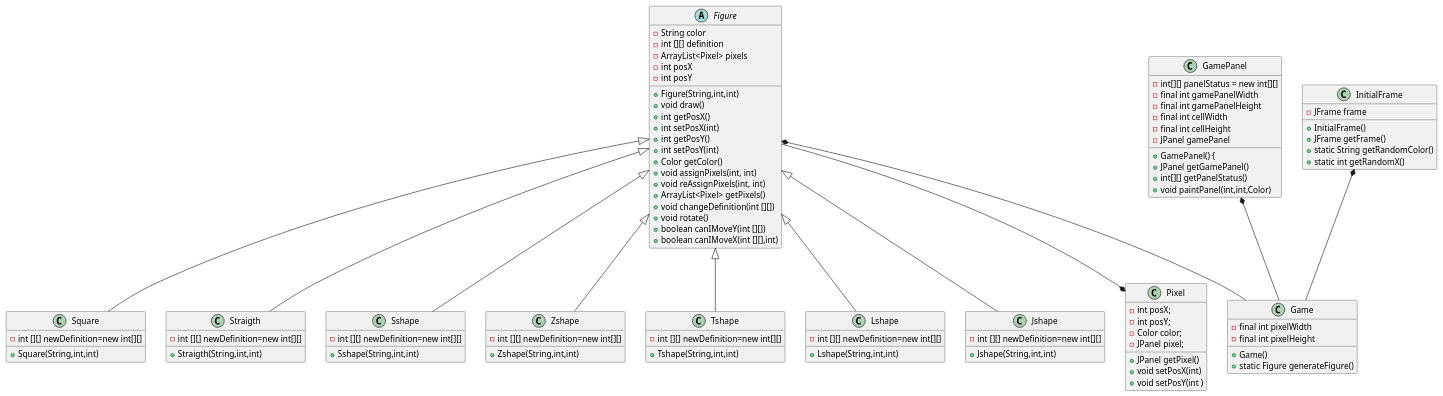
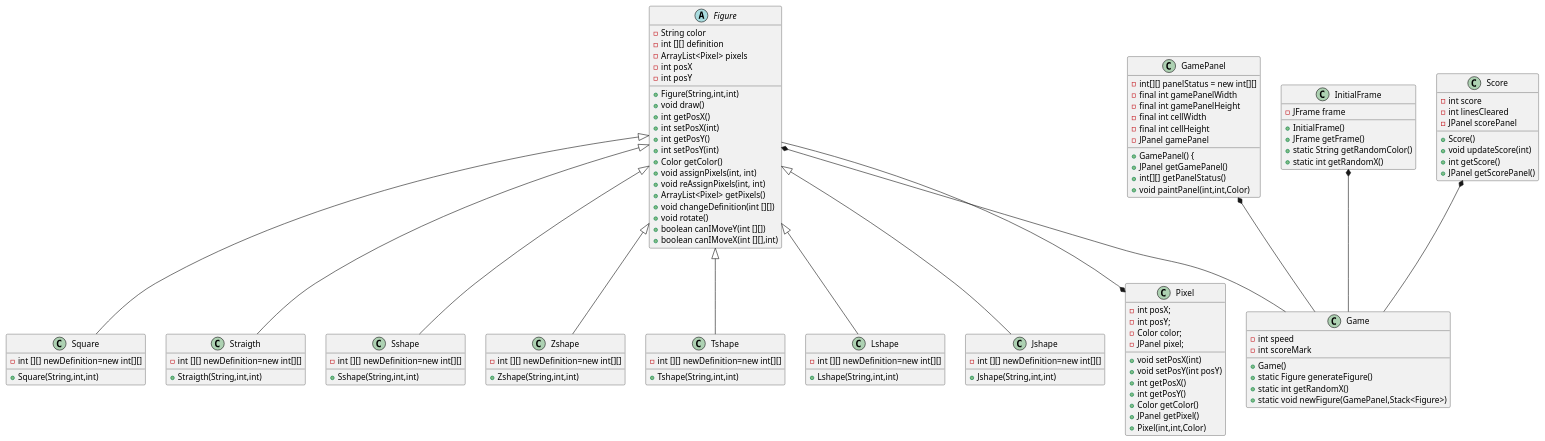
The diagram in Tetris/out/production/Tetris/docs/PlantUml.puml (pablarce/Tetris), drawn with PlantUML before and after one commit. The commit also changed 1 other file, not shown here.

```diff
--- a/Tetris/out/production/Tetris/docs/PlantUml.puml
+++ b/Tetris/out/production/Tetris/docs/PlantUml.puml
@@ -1,116 +1,130 @@
 @startuml
 'https://plantuml.com/class-diagram
 
 abstract class Figure{
 - String color
     - int [][] definition
     - ArrayList<Pixel> pixels
     - int posX
     - int posY
 + Figure(String,int,int)
 + void draw()
 + int getPosX()
 + int setPosX(int)
 + int getPosY()
 + int setPosY(int)
 + Color getColor()
 + void assignPixels(int, int)
  + void reAssignPixels(int, int)
  + ArrayList<Pixel> getPixels()
  + void changeDefinition(int [][])
 + void rotate()
 + boolean canIMoveY(int [][])
 + boolean canIMoveX(int [][],int)
 
 
 
 }
 class Square{
 -int [][] newDefinition=new int[][]
 + Square(String,int,int)
 
 }
 class Straigth{
 -int [][] newDefinition=new int[][]
 + Straigth(String,int,int)
 }
 class Sshape{
 -int [][] newDefinition=new int[][]
 + Sshape(String,int,int)
 }
 class Zshape{
 -int [][] newDefinition=new int[][]
 + Zshape(String,int,int)
 
 }
 class Tshape{
 -int [][] newDefinition=new int[][]
 + Tshape(String,int,int)
 
 }
 class Lshape{
 -int [][] newDefinition=new int[][]
 + Lshape(String,int,int)
 
 
 }
 class Jshape{
 -int [][] newDefinition=new int[][]
 + Jshape(String,int,int)
 }
 class GamePanel{
 - int[][] panelStatus = new int[][]
     - final int gamePanelWidth
     - final int gamePanelHeight
     - final int cellWidth
     - final int cellHeight
      - JPanel gamePanel
  + GamePanel() {
 + JPanel getGamePanel()
 + int[][] getPanelStatus()
 + void paintPanel(int,int,Color)
 
 
 }
 class Pixel{
 - int posX;
     - int posY;
     - Color color;
     - JPanel pixel;
+    + void setPosX(int)
+    + void setPosY(int posY)
+    + int getPosX()
+    + int getPosY()
+    + Color getColor()
     + JPanel getPixel()
-+ void setPosX(int)
-      + void setPosY(int )
+    + Pixel(int,int,Color)
+
+
 }
 class InitialFrame{
  - JFrame frame
  + InitialFrame()
   + JFrame getFrame()
 + static String getRandomColor()
  + static int getRandomX()
 }
 class Game{
-- final int pixelWidth
-    - final int pixelHeight
+    - int speed
+    - int scoreMark
     + Game()
 + static Figure generateFigure()
-
-
++ static int getRandomX()
++ static void newFigure(GamePanel,Stack<Figure>)
 }
-
+class Score{
+    - int score
+    - int linesCleared
+    - JPanel scorePanel
+    + Score()
+    + void updateScore(int)
+    + int getScore()
+    + JPanel getScorePanel()
+}
 Figure <|-- Straigth
 Figure <|-- Square
 Figure <|-- Sshape
 Figure <|-- Zshape
 Figure <|-- Tshape
 Figure <|-- Lshape
 Figure <|-- Jshape
 
 Figure --* Pixel
 
 GamePanel *-- Game
 InitialFrame *-- Game
 Figure *-- Game
-
+Score *-- Game
 
 
 @enduml
```
